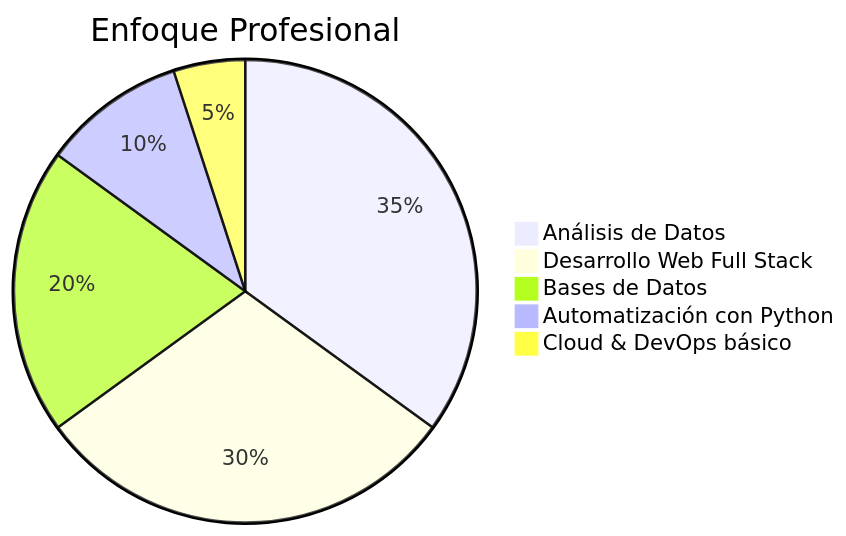
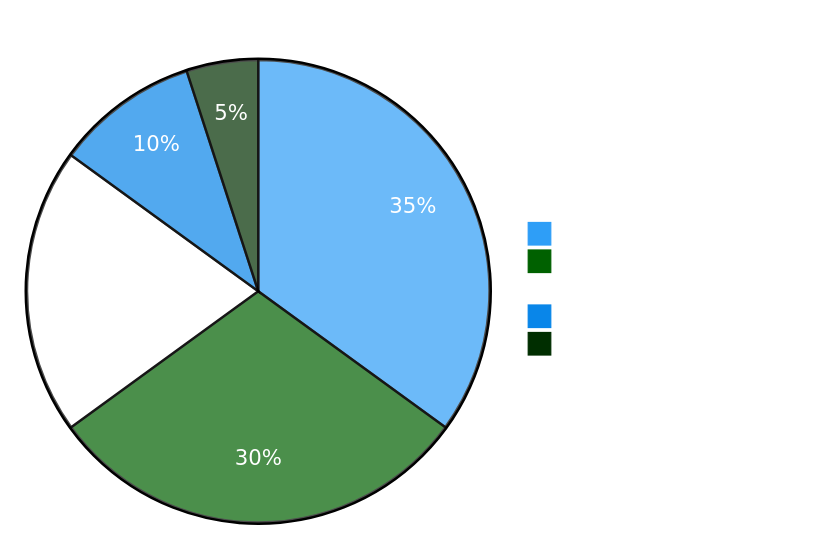
The first of 2 diagrams in README.md (RogerCipa7/RogerCipa7), drawn with Mermaid before and after one commit. The commit also changed other lines of this file, not shown here.

````diff
--- a/README.md
+++ b/README.md
@@ -110,8 +171,9 @@
 ```mermaid
-pie title Enfoque Profesional
-    "Análisis de Datos" : 35
-    "Desarrollo Web Full Stack" : 30
-    "Bases de Datos" : 20
-    "Automatización con Python" : 10
-    "Cloud & DevOps básico" : 5
+%%{init: {'theme':'base', 'themeVariables': { 'primaryColor':'#2E9EF7', 'primaryTextColor':'#fff', 'primaryBorderColor':'#1a75d2', 'lineColor':'#F8B229', 'secondaryColor':'#006100', 'tertiaryColor':'#fff'}}}%%
+pie title "Mi Enfoque Profesional Actual"
+    "Análisis de Datos & BI" : 35
+    "Desarrollo Full Stack" : 30
+    "Administración de BD" : 20
+    "Automatización Python" : 10
+    "Cloud & DevOps" : 5
 ```
````
